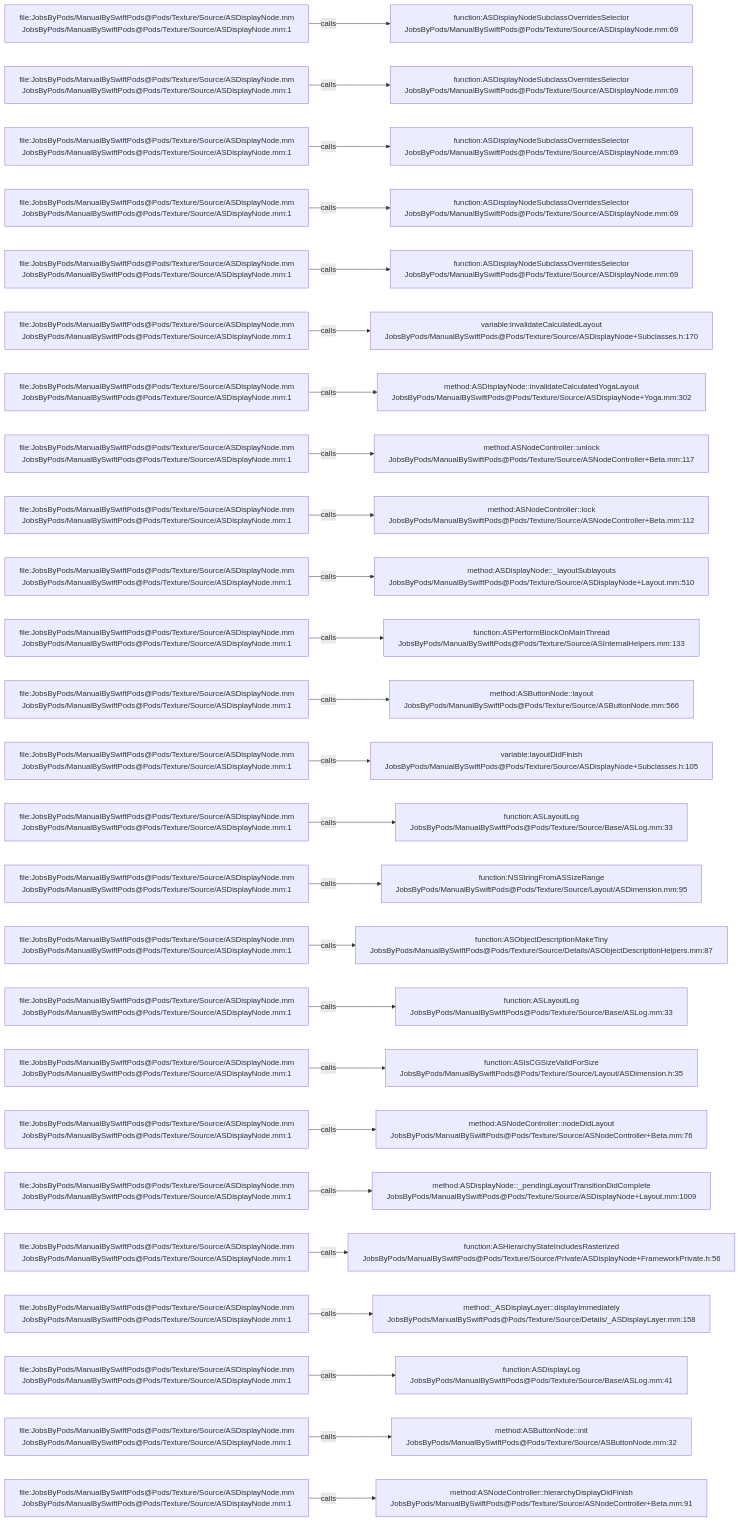
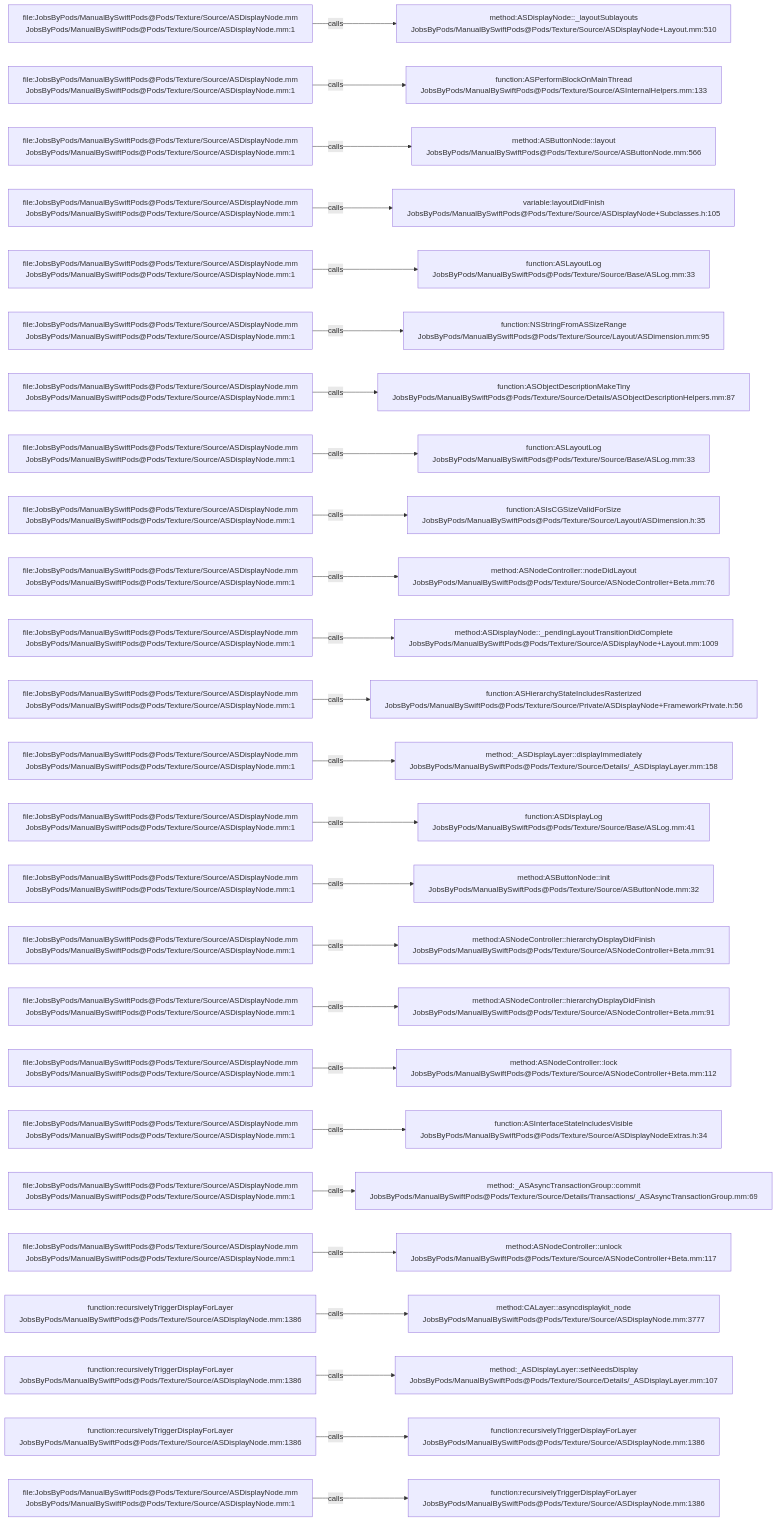
The diagram in .codegraph/codegraph.md/graphs/calls-029.md (JobsKits/JobsSwiftBaseConfigDemo), drawn with Mermaid before and after one commit. The commit also changed 707 other files, not shown here.

````diff
--- a/.codegraph/codegraph.md/graphs/calls-029.md
+++ b/.codegraph/codegraph.md/graphs/calls-029.md
@@ -13,78 +13,78 @@
 ```mermaid
 flowchart LR
   S1["file:JobsByPods/ManualBySwiftPods@Pods/Texture/Source/ASDisplayNode.mm<br/>JobsByPods/ManualBySwiftPods@Pods/Texture/Source/ASDisplayNode.mm:1"]
-  T1["function:ASDisplayNodeSubclassOverridesSelector<br/>JobsByPods/ManualBySwiftPods@Pods/Texture/Source/ASDisplayNode.mm:69"]
+  T1["method:ASDisplayNode::_layoutSublayouts<br/>JobsByPods/ManualBySwiftPods@Pods/Texture/Source/ASDisplayNode+Layout.mm:510"]
   S1 -->|calls| T1
   S2["file:JobsByPods/ManualBySwiftPods@Pods/Texture/Source/ASDisplayNode.mm<br/>JobsByPods/ManualBySwiftPods@Pods/Texture/Source/ASDisplayNode.mm:1"]
-  T2["function:ASDisplayNodeSubclassOverridesSelector<br/>JobsByPods/ManualBySwiftPods@Pods/Texture/Source/ASDisplayNode.mm:69"]
+  T2["function:ASPerformBlockOnMainThread<br/>JobsByPods/ManualBySwiftPods@Pods/Texture/Source/ASInternalHelpers.mm:133"]
   S2 -->|calls| T2
   S3["file:JobsByPods/ManualBySwiftPods@Pods/Texture/Source/ASDisplayNode.mm<br/>JobsByPods/ManualBySwiftPods@Pods/Texture/Source/ASDisplayNode.mm:1"]
-  T3["function:ASDisplayNodeSubclassOverridesSelector<br/>JobsByPods/ManualBySwiftPods@Pods/Texture/Source/ASDisplayNode.mm:69"]
+  T3["method:ASButtonNode::layout<br/>JobsByPods/ManualBySwiftPods@Pods/Texture/Source/ASButtonNode.mm:566"]
   S3 -->|calls| T3
   S4["file:JobsByPods/ManualBySwiftPods@Pods/Texture/Source/ASDisplayNode.mm<br/>JobsByPods/ManualBySwiftPods@Pods/Texture/Source/ASDisplayNode.mm:1"]
-  T4["function:ASDisplayNodeSubclassOverridesSelector<br/>JobsByPods/ManualBySwiftPods@Pods/Texture/Source/ASDisplayNode.mm:69"]
+  T4["variable:layoutDidFinish<br/>JobsByPods/ManualBySwiftPods@Pods/Texture/Source/ASDisplayNode+Subclasses.h:105"]
   S4 -->|calls| T4
   S5["file:JobsByPods/ManualBySwiftPods@Pods/Texture/Source/ASDisplayNode.mm<br/>JobsByPods/ManualBySwiftPods@Pods/Texture/Source/ASDisplayNode.mm:1"]
-  T5["function:ASDisplayNodeSubclassOverridesSelector<br/>JobsByPods/ManualBySwiftPods@Pods/Texture/Source/ASDisplayNode.mm:69"]
+  T5["function:ASLayoutLog<br/>JobsByPods/ManualBySwiftPods@Pods/Texture/Source/Base/ASLog.mm:33"]
   S5 -->|calls| T5
   S6["file:JobsByPods/ManualBySwiftPods@Pods/Texture/Source/ASDisplayNode.mm<br/>JobsByPods/ManualBySwiftPods@Pods/Texture/Source/ASDisplayNode.mm:1"]
-  T6["variable:invalidateCalculatedLayout<br/>JobsByPods/ManualBySwiftPods@Pods/Texture/Source/ASDisplayNode+Subclasses.h:170"]
+  T6["function:NSStringFromASSizeRange<br/>JobsByPods/ManualBySwiftPods@Pods/Texture/Source/Layout/ASDimension.mm:95"]
   S6 -->|calls| T6
   S7["file:JobsByPods/ManualBySwiftPods@Pods/Texture/Source/ASDisplayNode.mm<br/>JobsByPods/ManualBySwiftPods@Pods/Texture/Source/ASDisplayNode.mm:1"]
-  T7["method:ASDisplayNode::invalidateCalculatedYogaLayout<br/>JobsByPods/ManualBySwiftPods@Pods/Texture/Source/ASDisplayNode+Yoga.mm:302"]
+  T7["function:ASObjectDescriptionMakeTiny<br/>JobsByPods/ManualBySwiftPods@Pods/Texture/Source/Details/ASObjectDescriptionHelpers.mm:87"]
   S7 -->|calls| T7
   S8["file:JobsByPods/ManualBySwiftPods@Pods/Texture/Source/ASDisplayNode.mm<br/>JobsByPods/ManualBySwiftPods@Pods/Texture/Source/ASDisplayNode.mm:1"]
-  T8["method:ASNodeController::unlock<br/>JobsByPods/ManualBySwiftPods@Pods/Texture/Source/ASNodeController+Beta.mm:117"]
+  T8["function:ASLayoutLog<br/>JobsByPods/ManualBySwiftPods@Pods/Texture/Source/Base/ASLog.mm:33"]
   S8 -->|calls| T8
   S9["file:JobsByPods/ManualBySwiftPods@Pods/Texture/Source/ASDisplayNode.mm<br/>JobsByPods/ManualBySwiftPods@Pods/Texture/Source/ASDisplayNode.mm:1"]
-  T9["method:ASNodeController::lock<br/>JobsByPods/ManualBySwiftPods@Pods/Texture/Source/ASNodeController+Beta.mm:112"]
+  T9["function:ASIsCGSizeValidForSize<br/>JobsByPods/ManualBySwiftPods@Pods/Texture/Source/Layout/ASDimension.h:35"]
   S9 -->|calls| T9
   S10["file:JobsByPods/ManualBySwiftPods@Pods/Texture/Source/ASDisplayNode.mm<br/>JobsByPods/ManualBySwiftPods@Pods/Texture/Source/ASDisplayNode.mm:1"]
-  T10["method:ASDisplayNode::_layoutSublayouts<br/>JobsByPods/ManualBySwiftPods@Pods/Texture/Source/ASDisplayNode+Layout.mm:510"]
+  T10["method:ASNodeController::nodeDidLayout<br/>JobsByPods/ManualBySwiftPods@Pods/Texture/Source/ASNodeController+Beta.mm:76"]
   S10 -->|calls| T10
   S11["file:JobsByPods/ManualBySwiftPods@Pods/Texture/Source/ASDisplayNode.mm<br/>JobsByPods/ManualBySwiftPods@Pods/Texture/Source/ASDisplayNode.mm:1"]
-  T11["function:ASPerformBlockOnMainThread<br/>JobsByPods/ManualBySwiftPods@Pods/Texture/Source/ASInternalHelpers.mm:133"]
+  T11["method:ASDisplayNode::_pendingLayoutTransitionDidComplete<br/>JobsByPods/ManualBySwiftPods@Pods/Texture/Source/ASDisplayNode+Layout.mm:1009"]
   S11 -->|calls| T11
   S12["file:JobsByPods/ManualBySwiftPods@Pods/Texture/Source/ASDisplayNode.mm<br/>JobsByPods/ManualBySwiftPods@Pods/Texture/Source/ASDisplayNode.mm:1"]
-  T12["method:ASButtonNode::layout<br/>JobsByPods/ManualBySwiftPods@Pods/Texture/Source/ASButtonNode.mm:566"]
+  T12["function:ASHierarchyStateIncludesRasterized<br/>JobsByPods/ManualBySwiftPods@Pods/Texture/Source/Private/ASDisplayNode+FrameworkPrivate.h:56"]
   S12 -->|calls| T12
   S13["file:JobsByPods/ManualBySwiftPods@Pods/Texture/Source/ASDisplayNode.mm<br/>JobsByPods/ManualBySwiftPods@Pods/Texture/Source/ASDisplayNode.mm:1"]
-  T13["variable:layoutDidFinish<br/>JobsByPods/ManualBySwiftPods@Pods/Texture/Source/ASDisplayNode+Subclasses.h:105"]
+  T13["method:_ASDisplayLayer::displayImmediately<br/>JobsByPods/ManualBySwiftPods@Pods/Texture/Source/Details/_ASDisplayLayer.mm:158"]
   S13 -->|calls| T13
   S14["file:JobsByPods/ManualBySwiftPods@Pods/Texture/Source/ASDisplayNode.mm<br/>JobsByPods/ManualBySwiftPods@Pods/Texture/Source/ASDisplayNode.mm:1"]
-  T14["function:ASLayoutLog<br/>JobsByPods/ManualBySwiftPods@Pods/Texture/Source/Base/ASLog.mm:33"]
+  T14["function:ASDisplayLog<br/>JobsByPods/ManualBySwiftPods@Pods/Texture/Source/Base/ASLog.mm:41"]
   S14 -->|calls| T14
   S15["file:JobsByPods/ManualBySwiftPods@Pods/Texture/Source/ASDisplayNode.mm<br/>JobsByPods/ManualBySwiftPods@Pods/Texture/Source/ASDisplayNode.mm:1"]
-  T15["function:NSStringFromASSizeRange<br/>JobsByPods/ManualBySwiftPods@Pods/Texture/Source/Layout/ASDimension.mm:95"]
+  T15["method:ASButtonNode::init<br/>JobsByPods/ManualBySwiftPods@Pods/Texture/Source/ASButtonNode.mm:32"]
   S15 -->|calls| T15
   S16["file:JobsByPods/ManualBySwiftPods@Pods/Texture/Source/ASDisplayNode.mm<br/>JobsByPods/ManualBySwiftPods@Pods/Texture/Source/ASDisplayNode.mm:1"]
-  T16["function:ASObjectDescriptionMakeTiny<br/>JobsByPods/ManualBySwiftPods@Pods/Texture/Source/Details/ASObjectDescriptionHelpers.mm:87"]
+  T16["method:ASNodeController::hierarchyDisplayDidFinish<br/>JobsByPods/ManualBySwiftPods@Pods/Texture/Source/ASNodeController+Beta.mm:91"]
   S16 -->|calls| T16
   S17["file:JobsByPods/ManualBySwiftPods@Pods/Texture/Source/ASDisplayNode.mm<br/>JobsByPods/ManualBySwiftPods@Pods/Texture/Source/ASDisplayNode.mm:1"]
-  T17["function:ASLayoutLog<br/>JobsByPods/ManualBySwiftPods@Pods/Texture/Source/Base/ASLog.mm:33"]
+  T17["method:ASNodeController::hierarchyDisplayDidFinish<br/>JobsByPods/ManualBySwiftPods@Pods/Texture/Source/ASNodeController+Beta.mm:91"]
   S17 -->|calls| T17
   S18["file:JobsByPods/ManualBySwiftPods@Pods/Texture/Source/ASDisplayNode.mm<br/>JobsByPods/ManualBySwiftPods@Pods/Texture/Source/ASDisplayNode.mm:1"]
-  T18["function:ASIsCGSizeValidForSize<br/>JobsByPods/ManualBySwiftPods@Pods/Texture/Source/Layout/ASDimension.h:35"]
+  T18["method:ASNodeController::lock<br/>JobsByPods/ManualBySwiftPods@Pods/Texture/Source/ASNodeController+Beta.mm:112"]
   S18 -->|calls| T18
   S19["file:JobsByPods/ManualBySwiftPods@Pods/Texture/Source/ASDisplayNode.mm<br/>JobsByPods/ManualBySwiftPods@Pods/Texture/Source/ASDisplayNode.mm:1"]
-  T19["method:ASNodeController::nodeDidLayout<br/>JobsByPods/ManualBySwiftPods@Pods/Texture/Source/ASNodeController+Beta.mm:76"]
+  T19["function:ASInterfaceStateIncludesVisible<br/>JobsByPods/ManualBySwiftPods@Pods/Texture/Source/ASDisplayNodeExtras.h:34"]
   S19 -->|calls| T19
   S20["file:JobsByPods/ManualBySwiftPods@Pods/Texture/Source/ASDisplayNode.mm<br/>JobsByPods/ManualBySwiftPods@Pods/Texture/Source/ASDisplayNode.mm:1"]
-  T20["method:ASDisplayNode::_pendingLayoutTransitionDidComplete<br/>JobsByPods/ManualBySwiftPods@Pods/Texture/Source/ASDisplayNode+Layout.mm:1009"]
+  T20["method:_ASAsyncTransactionGroup::commit<br/>JobsByPods/ManualBySwiftPods@Pods/Texture/Source/Details/Transactions/_ASAsyncTransactionGroup.mm:69"]
   S20 -->|calls| T20
   S21["file:JobsByPods/ManualBySwiftPods@Pods/Texture/Source/ASDisplayNode.mm<br/>JobsByPods/ManualBySwiftPods@Pods/Texture/Source/ASDisplayNode.mm:1"]
-  T21["function:ASHierarchyStateIncludesRasterized<br/>JobsByPods/ManualBySwiftPods@Pods/Texture/Source/Private/ASDisplayNode+FrameworkPrivate.h:56"]
+  T21["method:ASNodeController::unlock<br/>JobsByPods/ManualBySwiftPods@Pods/Texture/Source/ASNodeController+Beta.mm:117"]
   S21 -->|calls| T21
-  S22["file:JobsByPods/ManualBySwiftPods@Pods/Texture/Source/ASDisplayNode.mm<br/>JobsByPods/ManualBySwiftPods@Pods/Texture/Source/ASDisplayNode.mm:1"]
-  T22["method:_ASDisplayLayer::displayImmediately<br/>JobsByPods/ManualBySwiftPods@Pods/Texture/Source/Details/_ASDisplayLayer.mm:158"]
+  S22["function:recursivelyTriggerDisplayForLayer<br/>JobsByPods/ManualBySwiftPods@Pods/Texture/Source/ASDisplayNode.mm:1386"]
+  T22["method:CALayer::asyncdisplaykit_node<br/>JobsByPods/ManualBySwiftPods@Pods/Texture/Source/ASDisplayNode.mm:3777"]
   S22 -->|calls| T22
-  S23["file:JobsByPods/ManualBySwiftPods@Pods/Texture/Source/ASDisplayNode.mm<br/>JobsByPods/ManualBySwiftPods@Pods/Texture/Source/ASDisplayNode.mm:1"]
-  T23["function:ASDisplayLog<br/>JobsByPods/ManualBySwiftPods@Pods/Texture/Source/Base/ASLog.mm:41"]
+  S23["function:recursivelyTriggerDisplayForLayer<br/>JobsByPods/ManualBySwiftPods@Pods/Texture/Source/ASDisplayNode.mm:1386"]
+  T23["method:_ASDisplayLayer::setNeedsDisplay<br/>JobsByPods/ManualBySwiftPods@Pods/Texture/Source/Details/_ASDisplayLayer.mm:107"]
   S23 -->|calls| T23
-  S24["file:JobsByPods/ManualBySwiftPods@Pods/Texture/Source/ASDisplayNode.mm<br/>JobsByPods/ManualBySwiftPods@Pods/Texture/Source/ASDisplayNode.mm:1"]
-  T24["method:ASButtonNode::init<br/>JobsByPods/ManualBySwiftPods@Pods/Texture/Source/ASButtonNode.mm:32"]
+  S24["function:recursivelyTriggerDisplayForLayer<br/>JobsByPods/ManualBySwiftPods@Pods/Texture/Source/ASDisplayNode.mm:1386"]
+  T24["function:recursivelyTriggerDisplayForLayer<br/>JobsByPods/ManualBySwiftPods@Pods/Texture/Source/ASDisplayNode.mm:1386"]
   S24 -->|calls| T24
   S25["file:JobsByPods/ManualBySwiftPods@Pods/Texture/Source/ASDisplayNode.mm<br/>JobsByPods/ManualBySwiftPods@Pods/Texture/Source/ASDisplayNode.mm:1"]
-  T25["method:ASNodeController::hierarchyDisplayDidFinish<br/>JobsByPods/ManualBySwiftPods@Pods/Texture/Source/ASNodeController+Beta.mm:91"]
+  T25["function:recursivelyTriggerDisplayForLayer<br/>JobsByPods/ManualBySwiftPods@Pods/Texture/Source/ASDisplayNode.mm:1386"]
   S25 -->|calls| T25
 ```
````
